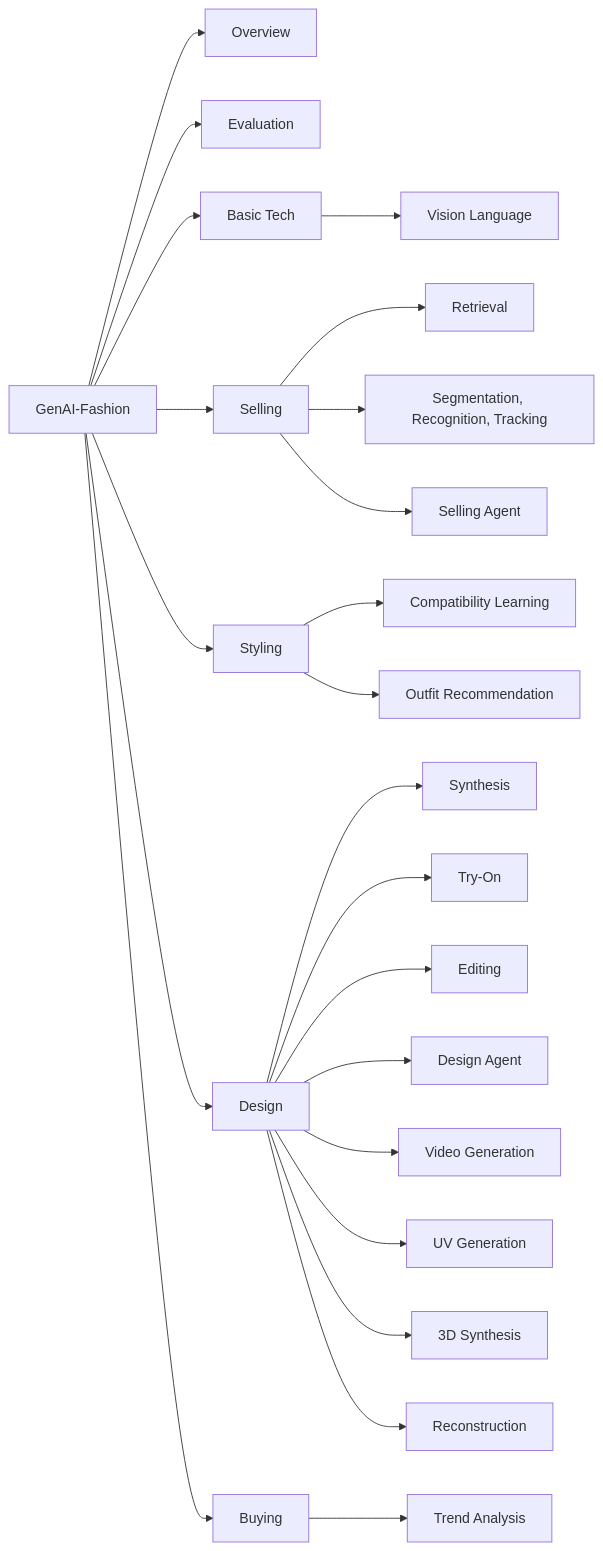
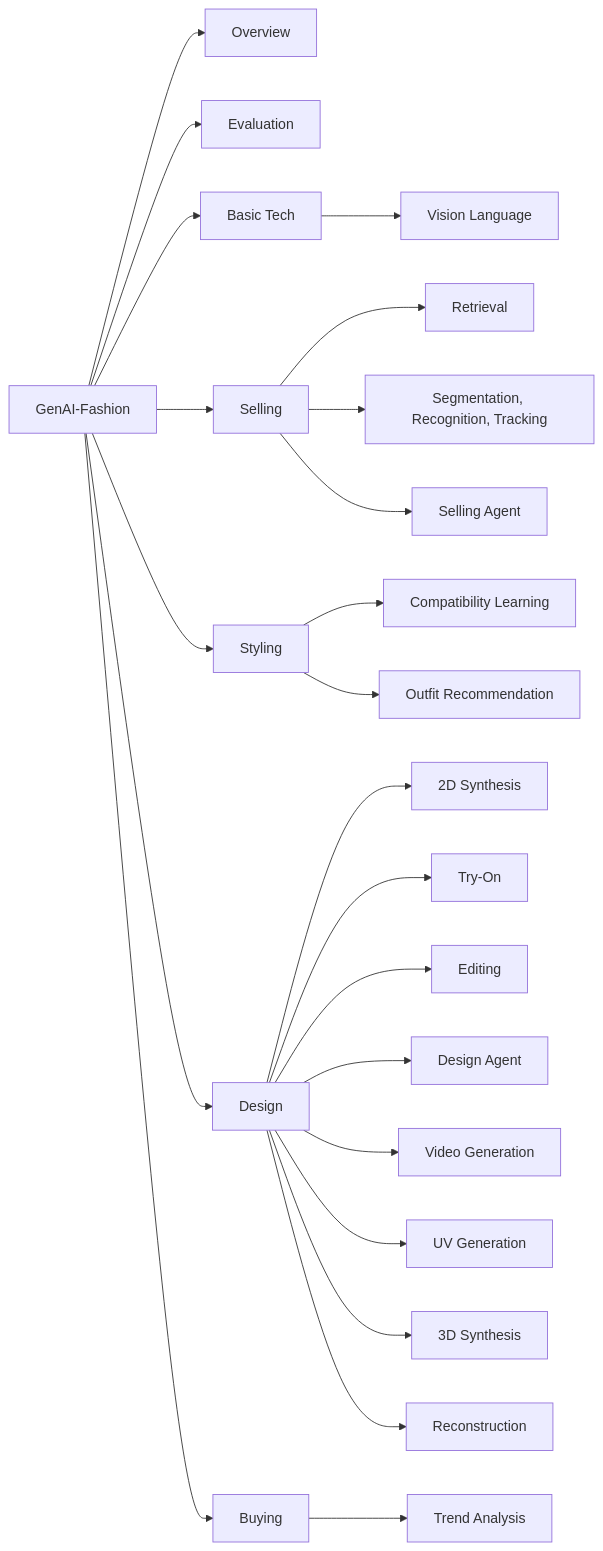
The diagram in README.md (wendashi/Cool-GenAI-Fashion-Papers), drawn with Mermaid before and after one commit. The commit also changed other lines of this file, not shown here.

````diff
--- a/README.md
+++ b/README.md
@@ -39,32 +39,32 @@
 ```mermaid
 graph LR
   GenAIFashion[GenAI-Fashion]
   GenAIFashion --> Overview[Overview]
   GenAIFashion --> Evaluation[Evaluation]
   GenAIFashion --> BasicTech[Basic Tech]
   GenAIFashion --> Selling[Selling]
   GenAIFashion --> Styling[Styling]
   GenAIFashion --> Design[Design]
   GenAIFashion --> Buying[Buying]
 
   BasicTech --> VisionLanguage[Vision Language]
 
   Selling --> Retrieval[Retrieval]
   Selling --> Segmentation[Segmentation, Recognition, Tracking]
   Selling --> SellingAgent[Selling Agent]
 
   Styling --> CompatibilityLearning[Compatibility Learning]
   Styling --> OutfitRecommendation[Outfit Recommendation]
 
-  Design --> Synthesis[Synthesis]
+  Design --> 2DSynthesis[2D Synthesis]
   Design --> TryOn[Try-On]
   Design --> Editing[Editing]
   Design --> DesignAgent[Design Agent]
   Design --> VideoGeneration[Video Generation]
   Design --> UVGeneration[UV Generation]
   Design --> 3DSynthesis[3D Synthesis]
   Design --> Reconstruction[Reconstruction]
   
   Buying --> TrendAnalysis[Trend Analysis]
   
 ```
````
